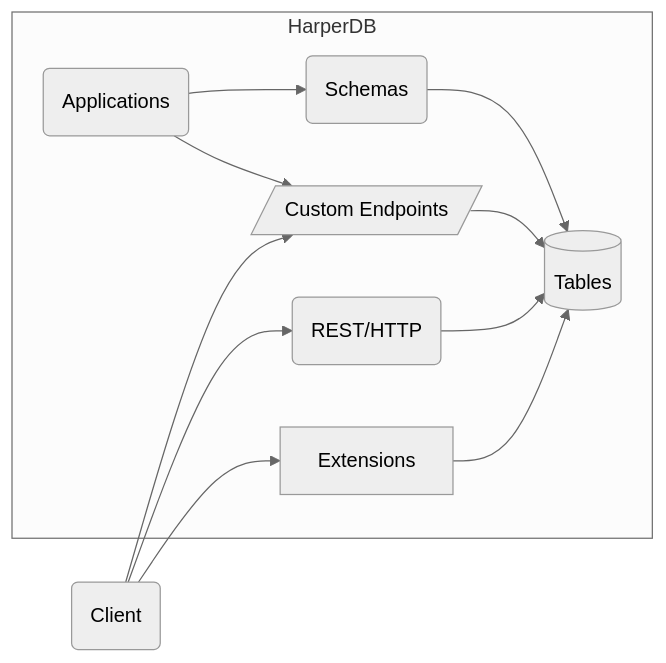
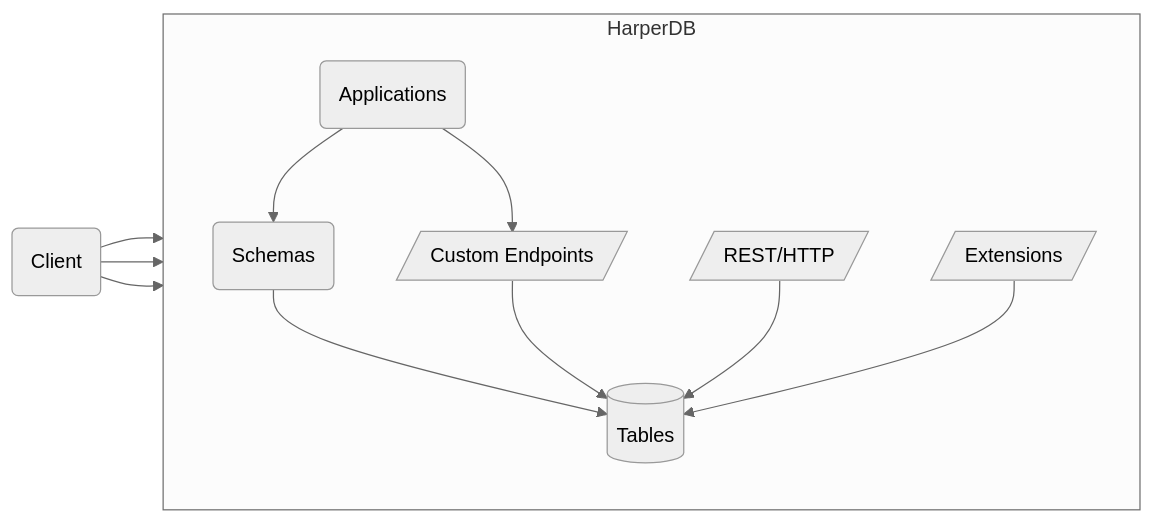
Before and after one commit to HarperDB/documentation: the diagram in docs/applications/README.md, drawn with Mermaid (neutral theme).

Commit message:
More diagram updates

````diff
--- a/docs/applications/README.md
+++ b/docs/applications/README.md
@@ -14,14 +14,15 @@
 ```mermaid
 flowchart LR
 	subgraph HarperDB
+	direction TB
 	Applications(Applications)-->Schemas(Schemas)
 	Schemas-->Tables[(Tables)]
 	Applications-->Endpoints[/Custom Endpoints/]
 	Endpoints-->Tables
-	HTTP(REST/HTTP)-->Tables
-	Extensions-->Tables
+	HTTP[/REST/HTTP/]-->Tables
+	Extensions[/Extensions/]-->Tables
 	end
 	Client(Client)-->Endpoints
 	Client(Client)-->HTTP
 	Client(Client)-->Extensions
 ```
````
